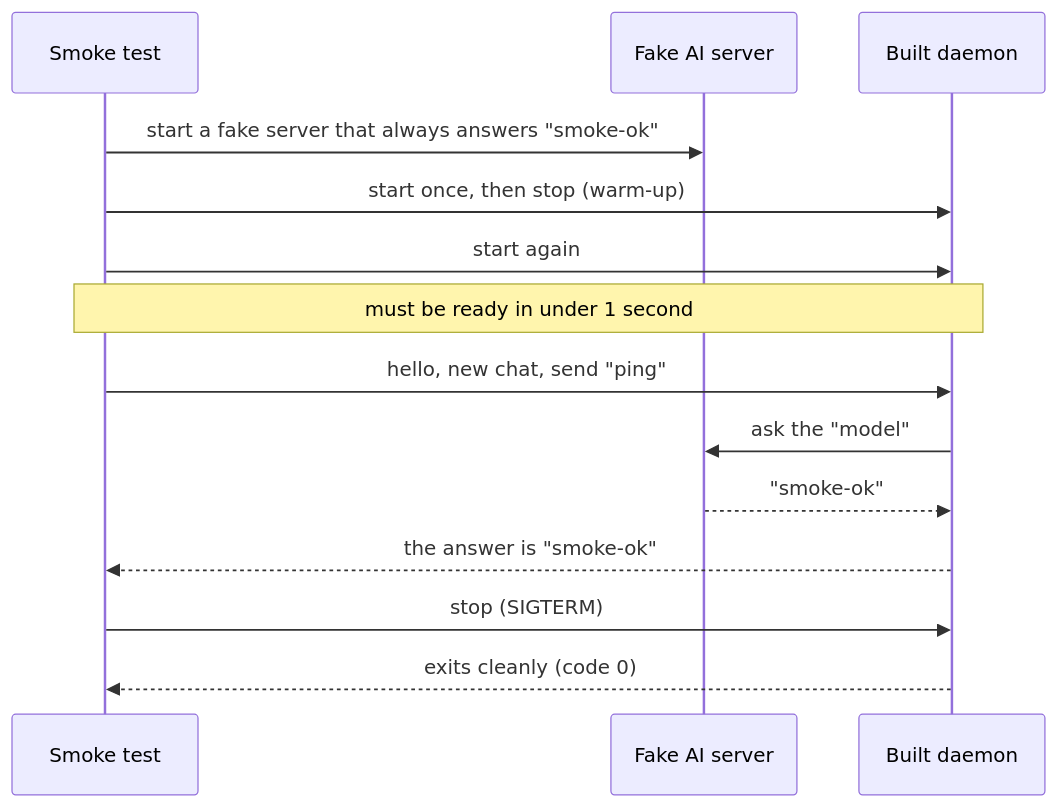
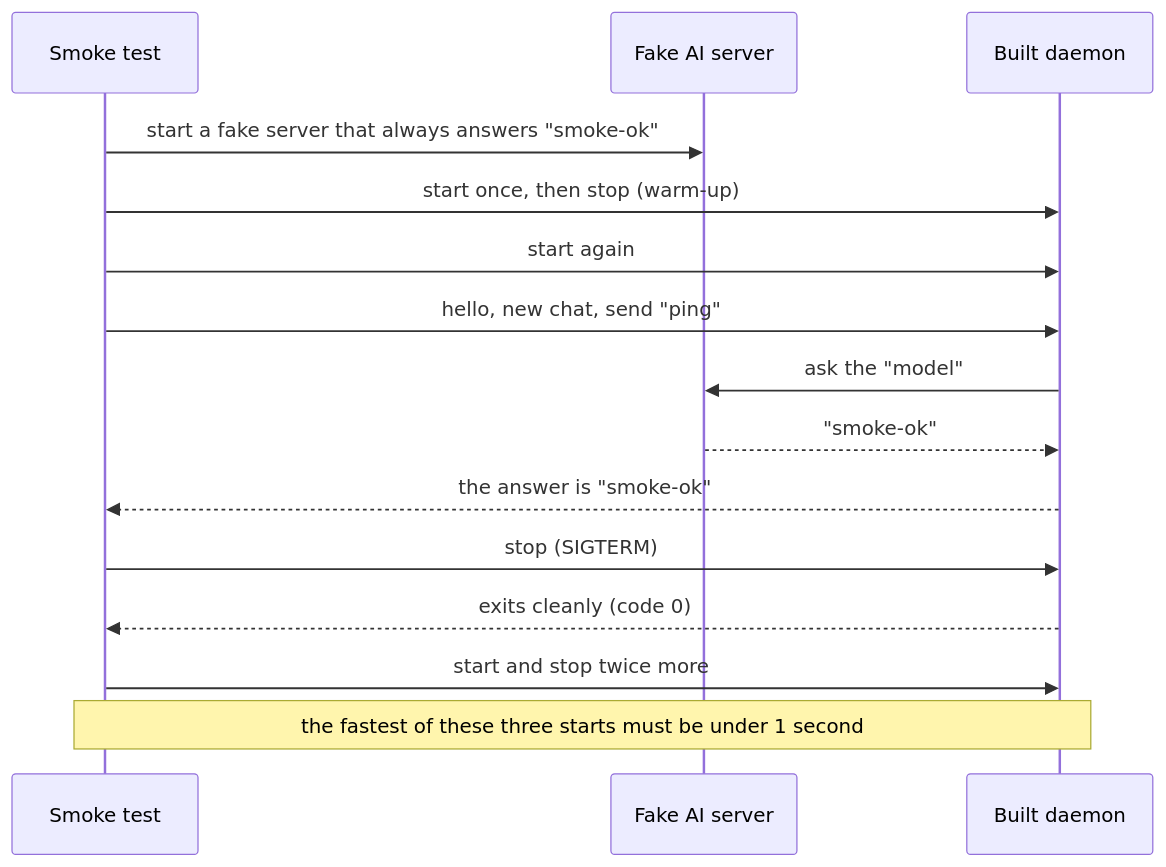
The fourth of 13 diagrams in docs/sre.md (MilanPavel/golem), drawn with Mermaid before and after one commit. The commit also changed other lines of this file and 1 other file, not shown here.

Commit message:
A single slow start on a busy CI machine no longer fails the build.

````diff
--- a/docs/sre.md
+++ b/docs/sre.md
@@ -126,16 +126,17 @@
 ```mermaid
 sequenceDiagram
   participant T as Smoke test
   participant F as Fake AI server
   participant D as Built daemon
   T->>F: start a fake server that always answers "smoke-ok"
   T->>D: start once, then stop (warm-up)
   T->>D: start again
-  Note over T,D: must be ready in under 1 second
   T->>D: hello, new chat, send "ping"
   D->>F: ask the "model"
   F-->>D: "smoke-ok"
   D-->>T: the answer is "smoke-ok"
   T->>D: stop (SIGTERM)
   D-->>T: exits cleanly (code 0)
+  T->>D: start and stop twice more
+  Note over T,D: the fastest of these three starts must be under 1 second
 ```
````
